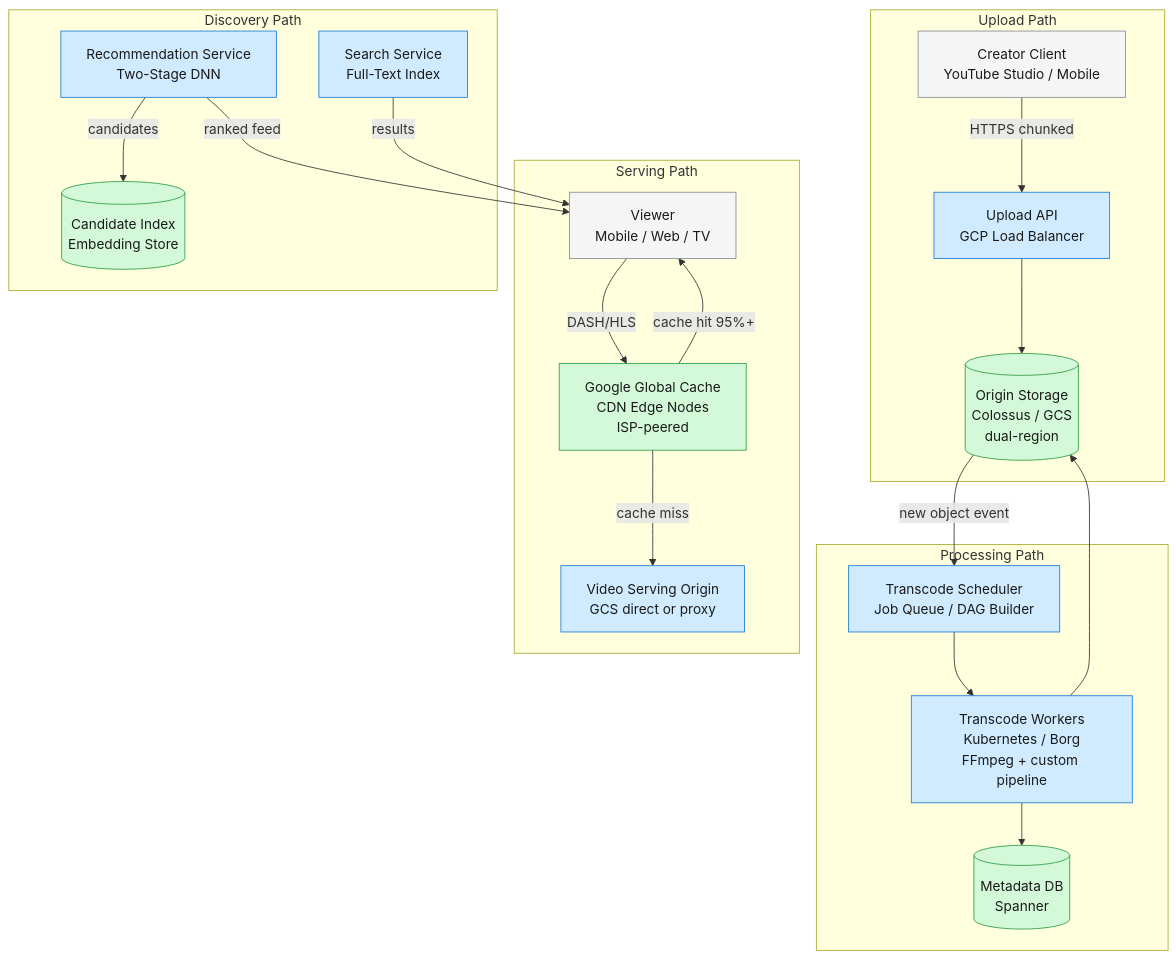
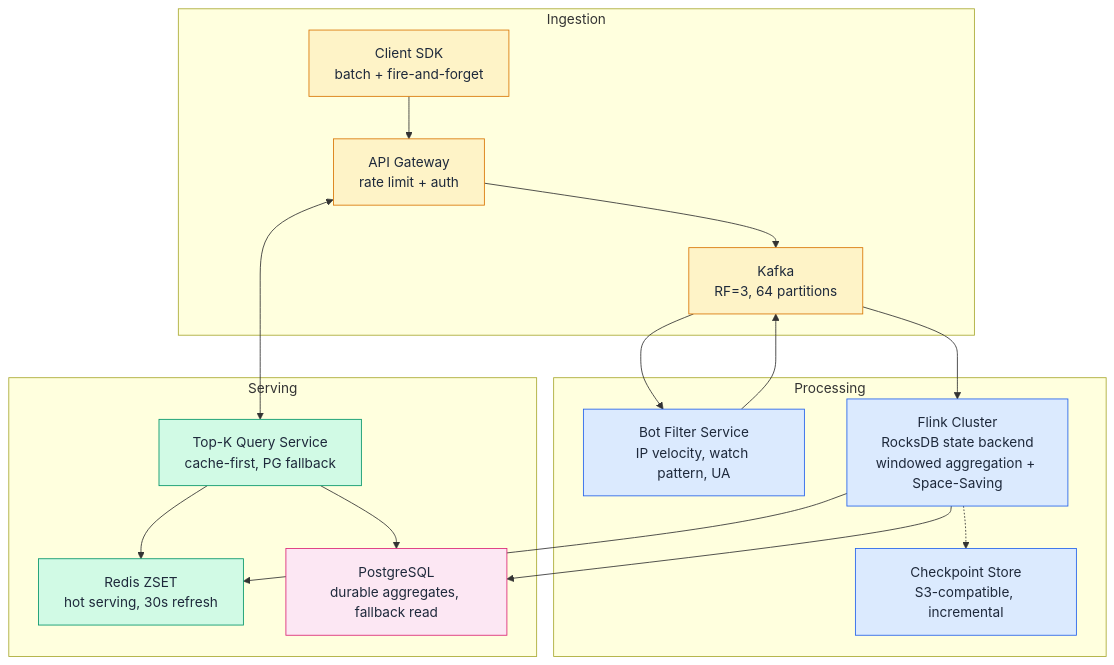
Before and after one commit to iliazlobin/iliazlobin.github.io: the second of 3 diagrams in _posts/2026-06-30-system-design-youtube.md, drawn with Mermaid. The commit also changed other lines of this file and 45 other files, not shown here.

First line of the commit message:
Republish all posts from Notion: fix mermaid errors, drop §7 Trade-offs (#88)

````diff
--- a/_posts/2026-06-30-system-design-youtube.md
+++ b/_posts/2026-06-30-system-design-youtube.md
@@ -116,34 +113,39 @@
 ```mermaid
 graph TB
-    subgraph Upload Path
-        A[Creator Client<br/>YouTube Studio / Mobile] -->|HTTPS chunked| B[Upload API<br/>GCP Load Balancer]
-        B --> C[(Origin Storage<br/>Colossus / GCS<br/>dual-region)]
+    subgraph Ingestion
+        SDK[Client SDK<br/>batch + fire-and-forget]
+        GW[API Gateway<br/>rate limit + auth]
+        KF[Kafka<br/>RF=3, 64 partitions]
     end
 
-    subgraph Processing Path
-        C -->|new object event| D[Transcode Scheduler<br/>Job Queue / DAG Builder]
-        D --> E[Transcode Workers<br/>Kubernetes / Borg<br/>FFmpeg + custom pipeline]
-        E --> C
-        E --> F[(Metadata DB<br/>Spanner)]
+    subgraph Processing
+        BF[Bot Filter Service<br/>IP velocity, watch pattern, UA]
+        FL[Flink Cluster<br/>RocksDB state backend<br/>windowed aggregation + Space-Saving]
+        CK[Checkpoint Store<br/>S3-compatible, incremental]
     end
 
-    subgraph Serving Path
-        G[Viewer<br/>Mobile / Web / TV] -->|DASH/HLS| H[Google Global Cache<br/>CDN Edge Nodes<br/>ISP-peered]
-        H -->|cache miss| I[Video Serving Origin<br/>GCS direct or proxy]
-        H -->|cache hit 95%+| G
+    subgraph Serving
+        RZ[Redis ZSET<br/>hot serving, 30s refresh]
+        PG[PostgreSQL<br/>durable aggregates, fallback read]
+        QS[Top-K Query Service<br/>cache-first, PG fallback]
     end
 
-    subgraph Discovery Path
-        J[Recommendation Service<br/>Two-Stage DNN] -->|candidates| K[(Candidate Index<br/>Embedding Store)]
-        J -->|ranked feed| G
-        L[Search Service<br/>Full-Text Index] -->|results| G
-    end
+    SDK --> GW --> KF
+    KF --> BF --> KF
+    KF --> FL
+    FL --> RZ
+    FL --> PG
+    FL -.-> CK
+    QS --> RZ
+    QS --> PG
+    GW <--> QS
 
-    classDef edge fill:#fff3bf,stroke:#f08c00,color:#1a1a1a;
-    classDef svc fill:#d0ebff,stroke:#1c7ed6,color:#1a1a1a;
-    classDef store fill:#d3f9d8,stroke:#2f9e44,color:#1a1a1a;
-    classDef client fill:#f5f5f5,stroke:#868e96,color:#1a1a1a;
-    class A,G client;
-    class B,D,E,I,J,L svc;
-    class C,F,H,K store;
+    classDef ingest fill:#fef3c7,stroke:#d97706,color:#1e293b
+    classDef process fill:#dbeafe,stroke:#2563eb,color:#1e293b
+    classDef serve fill:#d1fae5,stroke:#059669,color:#1e293b
+    classDef durable fill:#fce7f3,stroke:#db2777,color:#1e293b
+    class SDK,GW,KF ingest
+    class BF,FL,CK process
+    class RZ,QS serve
+    class PG durable
 ```
````
